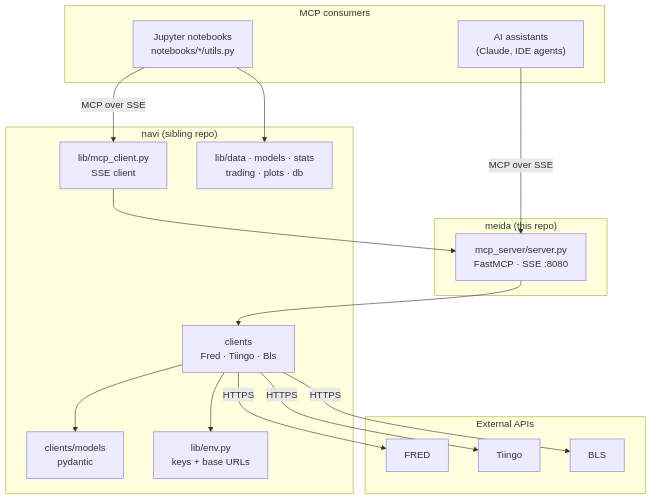
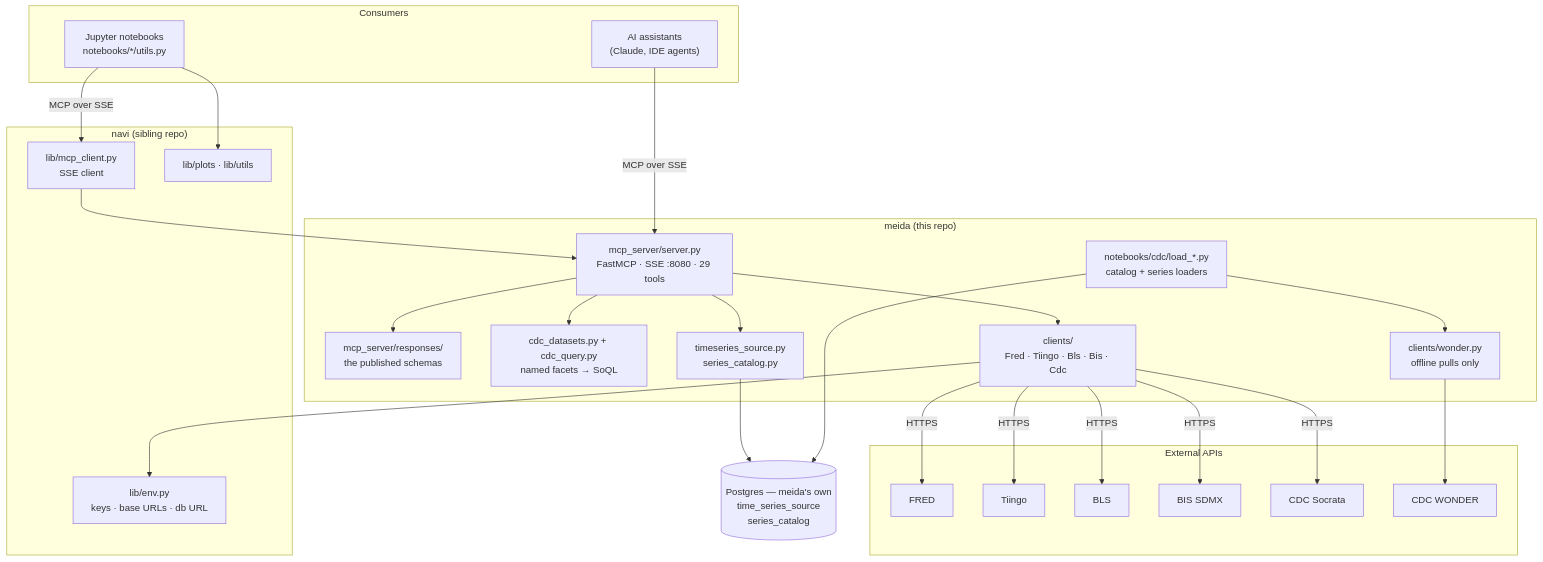
Before and after one commit to glyfish/sefer: the first of 4 diagrams in meida/architecture.md, drawn with Mermaid. The commit also changed other lines of this file and 12 other files, not shown here.

````diff
--- a/meida/architecture.md
+++ b/meida/architecture.md
@@ -14,33 +23,46 @@
 ```mermaid
 graph TB
-    subgraph consumers["MCP consumers"]
+    subgraph consumers["Consumers"]
         AI["AI assistants<br/>(Claude, IDE agents)"]
         NB["Jupyter notebooks<br/>notebooks/*/utils.py"]
     end
 
     subgraph meida["meida (this repo)"]
-        SRV["mcp_server/server.py<br/>FastMCP · SSE :8080"]
+        SRV["mcp_server/server.py<br/>FastMCP · SSE :8080 · 29 tools"]
+        RESP["mcp_server/responses/<br/>the published schemas"]
+        QRY["cdc_datasets.py + cdc_query.py<br/>named facets → SoQL"]
+        DBR["timeseries_source.py<br/>series_catalog.py"]
+        CL["clients/<br/>Fred · Tiingo · Bls · Bis · Cdc"]
+        WC["clients/wonder.py<br/>offline pulls only"]
+        LOAD["notebooks/cdc/load_*.py<br/>catalog + series loaders"]
     end
 
     subgraph navi["navi (sibling repo)"]
-        CL["clients<br/>Fred · Tiingo · Bls"]
-        MOD["clients/models<br/>pydantic"]
-        ENV["lib/env.py<br/>keys + base URLs"]
+        ENV["lib/env.py<br/>keys · base URLs · db URL"]
         MCPC["lib/mcp_client.py<br/>SSE client"]
-        ANA["lib/data · models · stats<br/>trading · plots · db"]
+        PLOT["lib/plots · lib/utils"]
     end
+
+    DB[("Postgres — meida's own<br/>time_series_source<br/>series_catalog")]
 
     subgraph ext["External APIs"]
         FRED["FRED"]
         TIINGO["Tiingo"]
         BLS["BLS"]
+        BIS["BIS SDMX"]
+        SOC["CDC Socrata"]
+        WON["CDC WONDER"]
     end
 
     AI -->|MCP over SSE| SRV
     NB -->|MCP over SSE| MCPC --> SRV
+    NB --> PLOT
+    SRV --> RESP
+    SRV --> QRY
+    SRV --> DBR --> DB
     SRV --> CL
-    CL --> MOD
     CL --> ENV
-    CL -->|HTTPS| FRED & TIINGO & BLS
-    NB --> ANA
+    LOAD --> DB
+    LOAD --> WC --> WON
+    CL -->|HTTPS| FRED & TIINGO & BLS & BIS & SOC
 ```
````
